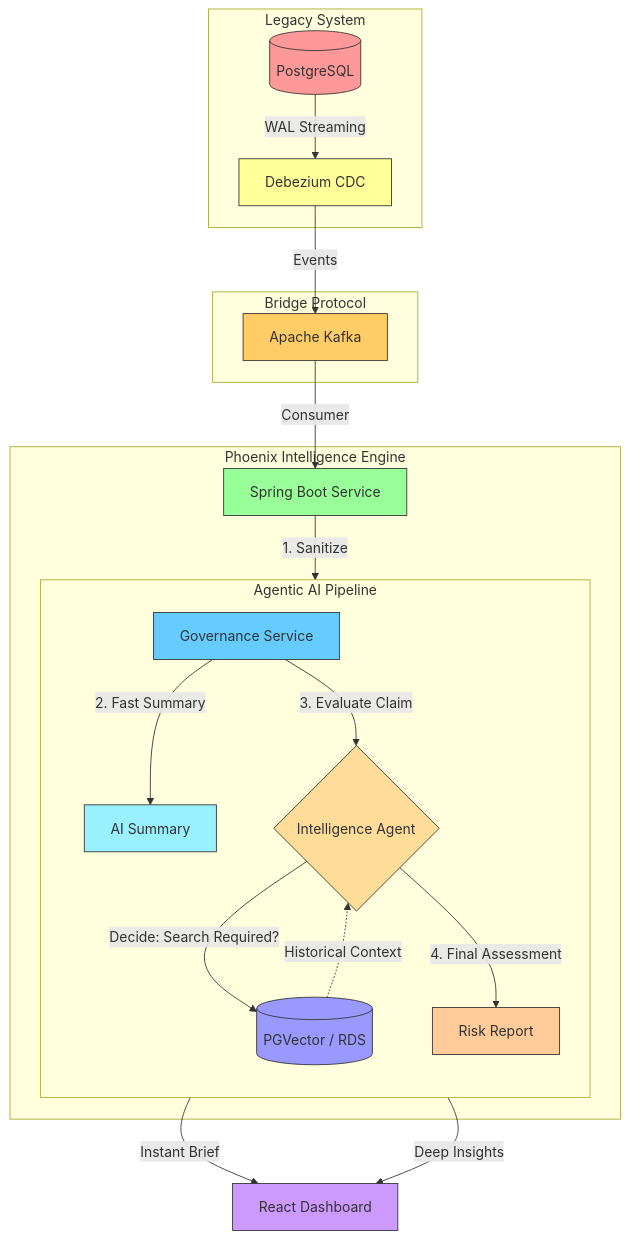
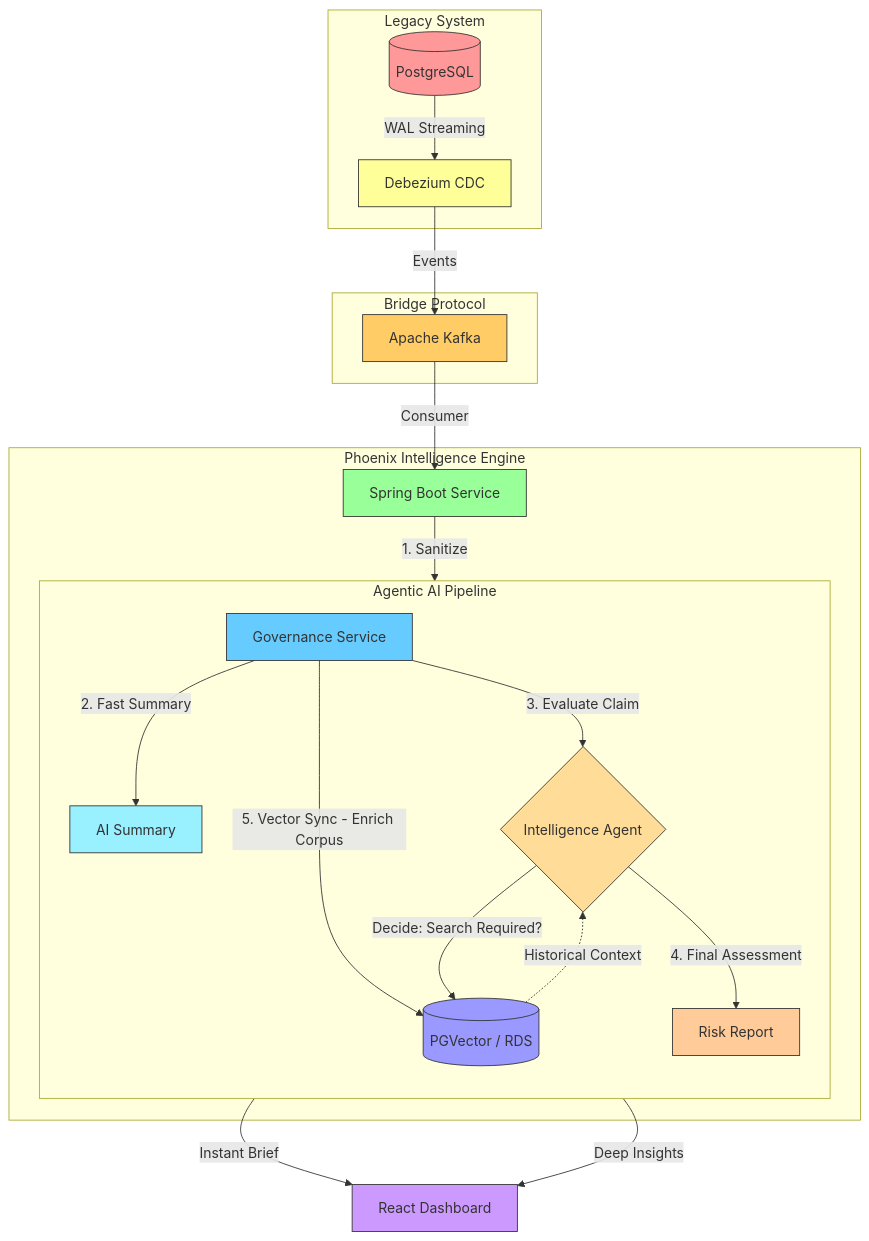
Before and after one commit to primusa/phoenix: the diagram in README.md, drawn with Mermaid.

Commit message:
Visual Architecture changes.

````diff
--- a/README.md
+++ b/README.md
@@ -43,38 +43,39 @@
 ```mermaid
 graph TD
     subgraph "Legacy System"
         LDB[(PostgreSQL)] -->|WAL Streaming| DBZ[Debezium CDC]
     end
 
     subgraph "Bridge Protocol"
         DBZ -->|Events| K[Apache Kafka]
     end
 
     subgraph "Phoenix Intelligence Engine"
         K -->|Consumer| SB[Spring Boot Service]
         SB -->|1. Sanitize| GS[Governance Service]
         
         subgraph "Agentic AI Pipeline"
             direction TB
             GS -->|2. Fast Summary| SUM[AI Summary]
             GS -->|3. Evaluate Claim| IA{Intelligence Agent}
-            IA -->|Decide: Search Required?| VDB[(PGVector / RDS)]
+            GS -->|5. Vector Sync - Enrich Corpus| VDB[(PGVector / RDS)]
+            IA -->|Decide: Search Required?| VDB
             VDB -.->|Historical Context| IA
             IA -->|4. Final Assessment| FIN[Risk Report]
         end
     end
 
     SUM -->|Instant Brief| UI[React Dashboard]
     FIN -->|Deep Insights| UI
     
     style LDB fill:#ff9999,stroke:#333
     style DBZ fill:#ffff99,stroke:#333
     style SB fill:#99ff99,stroke:#333
     style VDB fill:#9999ff,stroke:#333
     style SUM fill:#99f0ff,stroke:#333
     style IA fill:#ffdd99,stroke:#333
     style FIN fill:#ffcc99,stroke:#333
     style K fill:#ffcc66,stroke:#333
     style GS fill:#66ccff,stroke:#333
     style UI fill:#cc99ff,stroke:#333
 ```
````
